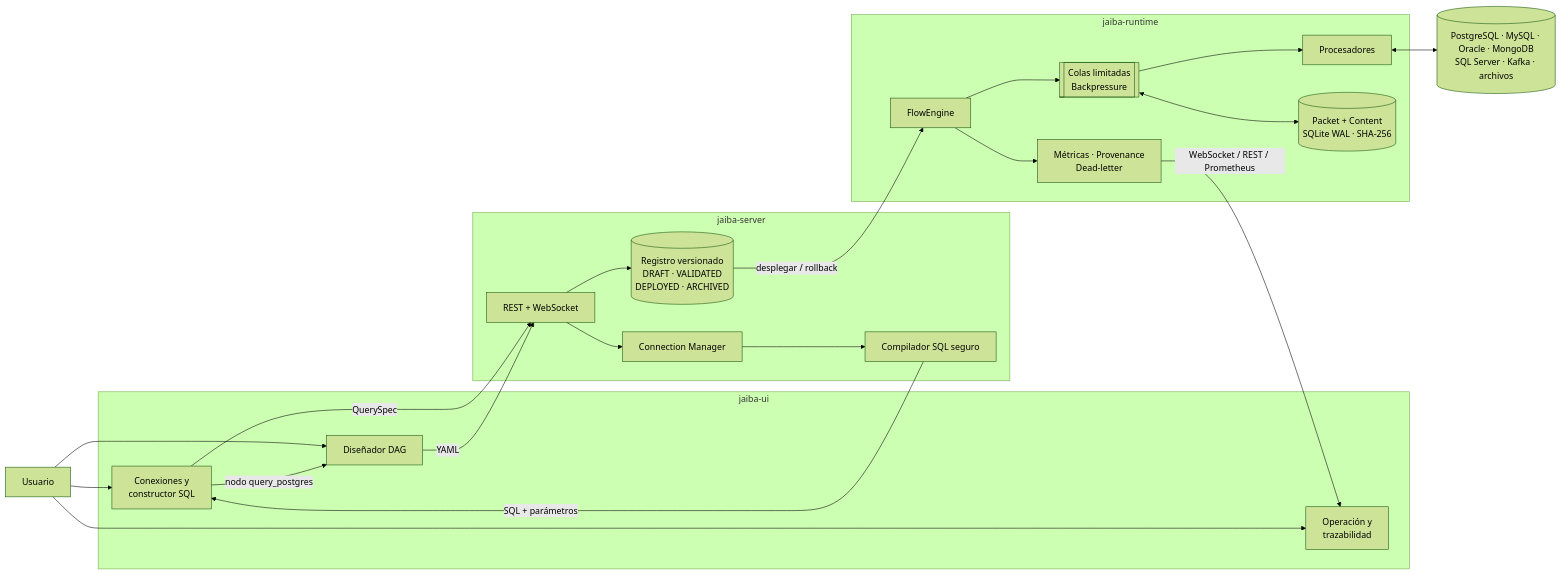
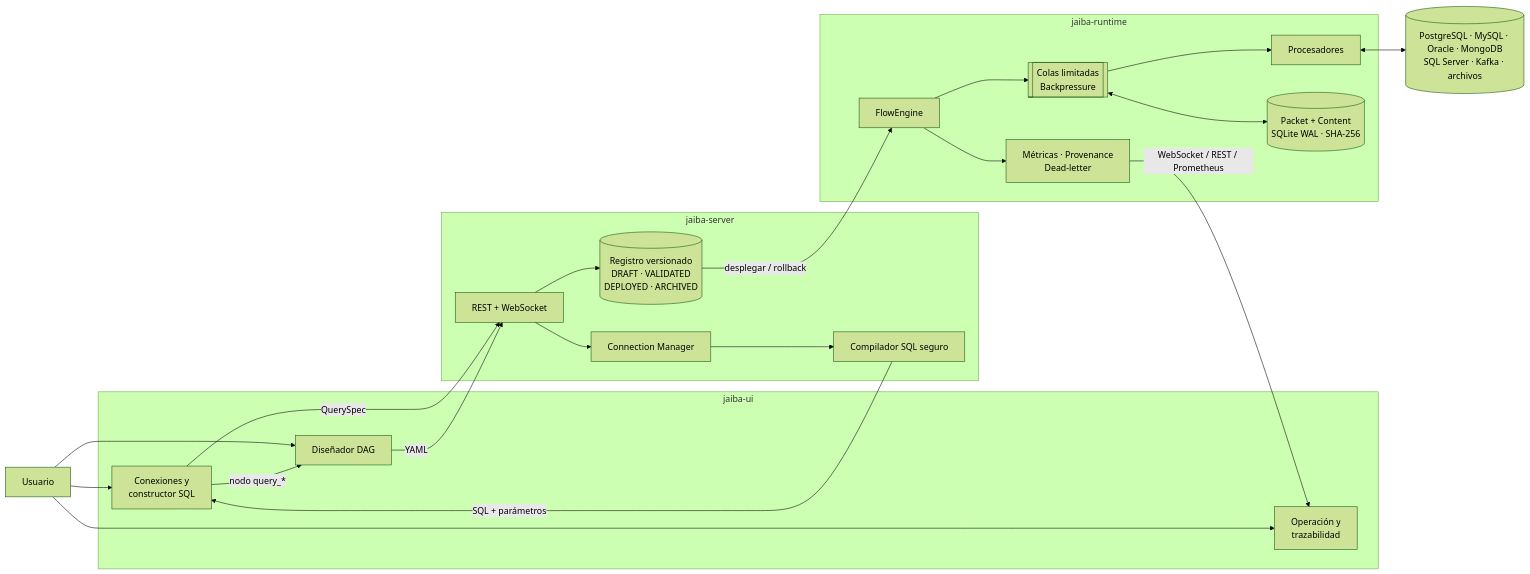
Before and after one commit to dfr2098/jaiva: the diagram in README.md, drawn with Mermaid (forest theme). The commit also changed other lines of this file and 49 other files, not shown here.

````diff
--- a/README.md
+++ b/README.md
@@ -32,44 +32,44 @@
 ```mermaid
 flowchart LR
     USER["Usuario"]
 
     subgraph UI["jaiba-ui"]
         CMUI["Conexiones y<br/>constructor SQL"]
         DESIGNER["Diseñador DAG"]
         OPS["Operación y<br/>trazabilidad"]
     end
 
     subgraph SERVER["jaiba-server"]
         API["REST + WebSocket"]
         CM["Connection Manager"]
         SQL["Compilador SQL seguro"]
         VERSIONS[("Registro versionado<br/>DRAFT · VALIDATED<br/>DEPLOYED · ARCHIVED")]
     end
 
     subgraph RUNTIME["jaiba-runtime"]
         ENGINE["FlowEngine"]
         QUEUE[["Colas limitadas<br/>Backpressure"]]
         PROCESSORS["Procesadores"]
         REPOSITORY[("Packet + Content<br/>SQLite WAL · SHA-256")]
         OBS["Métricas · Provenance<br/>Dead-letter"]
     end
 
     SYSTEMS[("PostgreSQL · MySQL · Oracle · MongoDB<br/>SQL Server · Kafka · archivos")]
 
     USER --> CMUI
     USER --> DESIGNER
     USER --> OPS
     CMUI -->|QuerySpec| API
     API --> CM
     CM --> SQL
     SQL -->|SQL + parámetros| CMUI
-    CMUI -->|nodo query_postgres| DESIGNER
+    CMUI -->|nodo query_*| DESIGNER
     DESIGNER -->|YAML| API
     API --> VERSIONS
     VERSIONS -->|desplegar / rollback| ENGINE
     ENGINE --> QUEUE --> PROCESSORS
     PROCESSORS <--> SYSTEMS
     QUEUE <--> REPOSITORY
     ENGINE --> OBS
     OBS -->|WebSocket / REST / Prometheus| OPS
 ```
````
